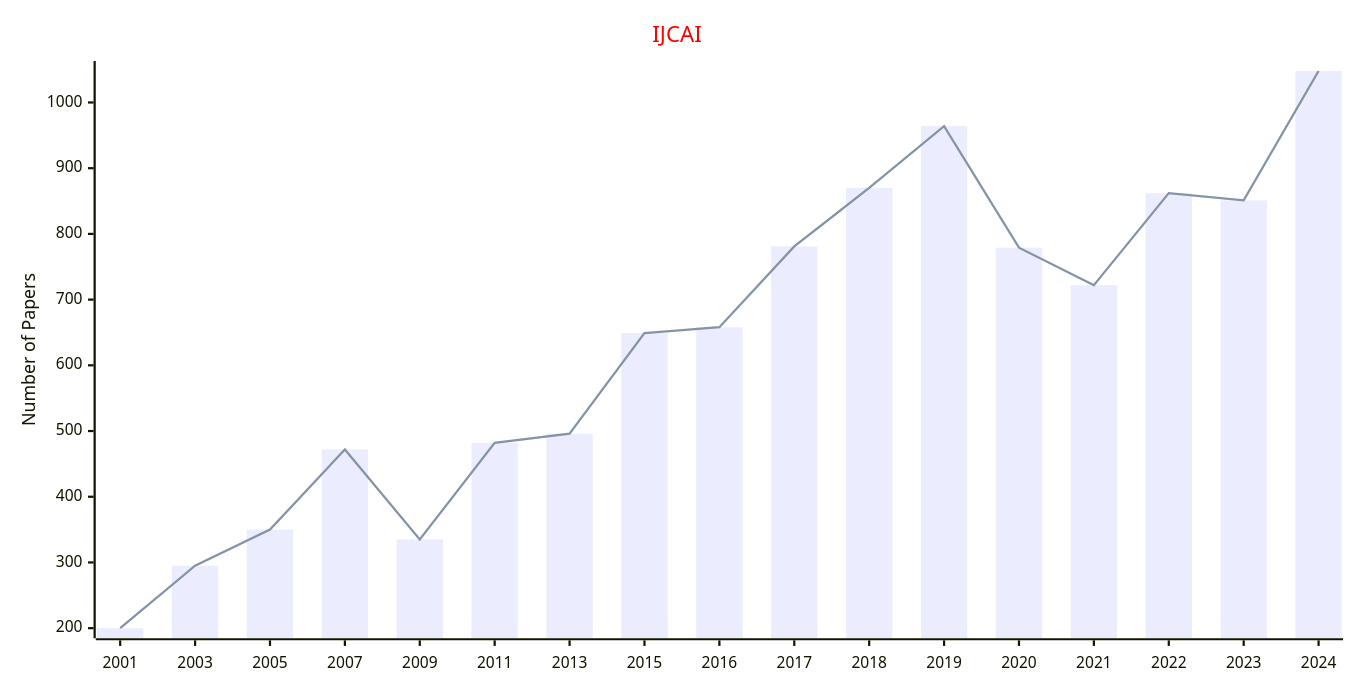
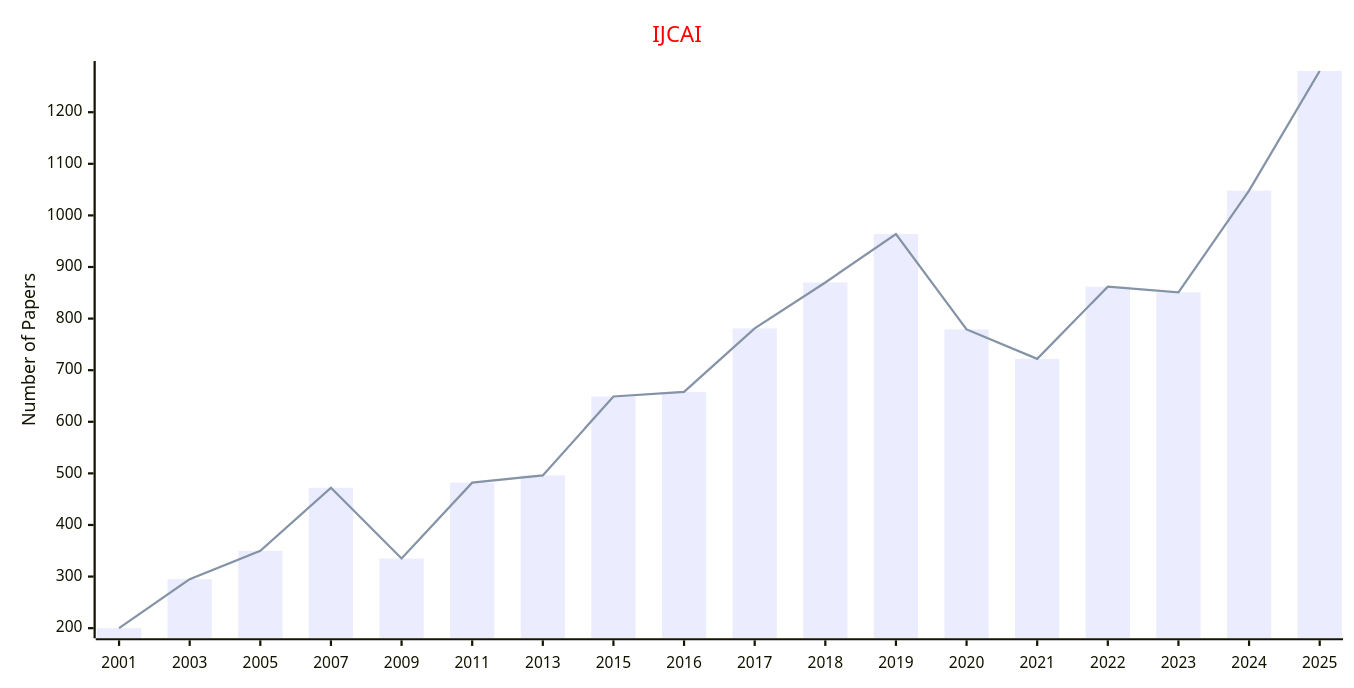
One commit to Easy-PhD/AILinks changed the third of 5 diagrams in docs/data/Conferences/Publishers_Conferences/OPEN.md. Above: the diagram before and after it, drawn with Mermaid. The commit also changed 32 other files, not shown here.

````diff
--- a/docs/data/Conferences/Publishers_Conferences/OPEN.md
+++ b/docs/data/Conferences/Publishers_Conferences/OPEN.md
@@ -93,17 +93,17 @@
 ```mermaid
 ---
 config:
     xyChart:
         width: 1200
         height: 600
     themeVariables:
         xyChart:
             titleColor: "#ff0000"
 ---
 xychart-beta
     title "IJCAI"
-    x-axis [2001, 2003, 2005, 2007, 2009, 2011, 2013, 2015, 2016, 2017, 2018, 2019, 2020, 2021, 2022, 2023, 2024]
+    x-axis [2001, 2003, 2005, 2007, 2009, 2011, 2013, 2015, 2016, 2017, 2018, 2019, 2020, 2021, 2022, 2023, 2024, 2025]
     y-axis "Number of Papers"
-    bar [200, 295, 350, 472, 335, 482, 496, 649, 658, 781, 870, 964, 779, 722, 862, 851, 1048]
-    line [200, 295, 350, 472, 335, 482, 496, 649, 658, 781, 870, 964, 779, 722, 862, 851, 1048]
+    bar [200, 295, 350, 472, 335, 482, 496, 649, 658, 781, 870, 964, 779, 722, 862, 851, 1048, 1280]
+    line [200, 295, 350, 472, 335, 482, 496, 649, 658, 781, 870, 964, 779, 722, 862, 851, 1048, 1280]
 ```
````
